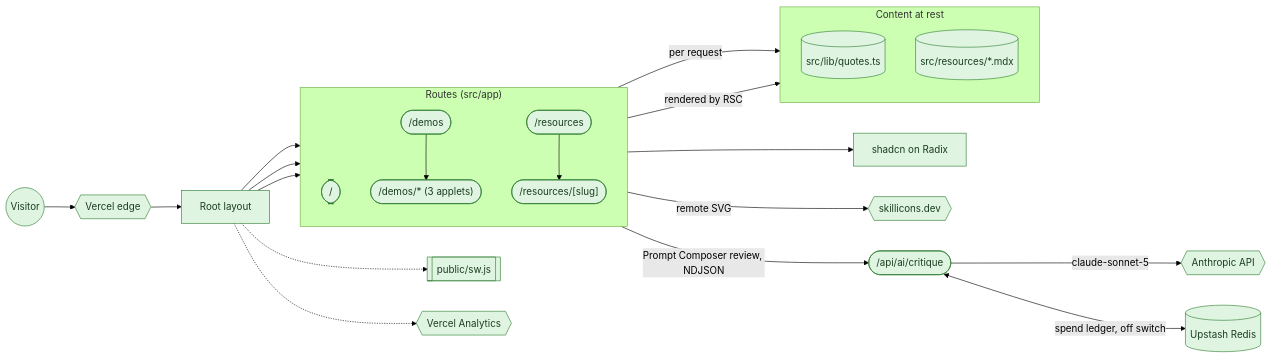
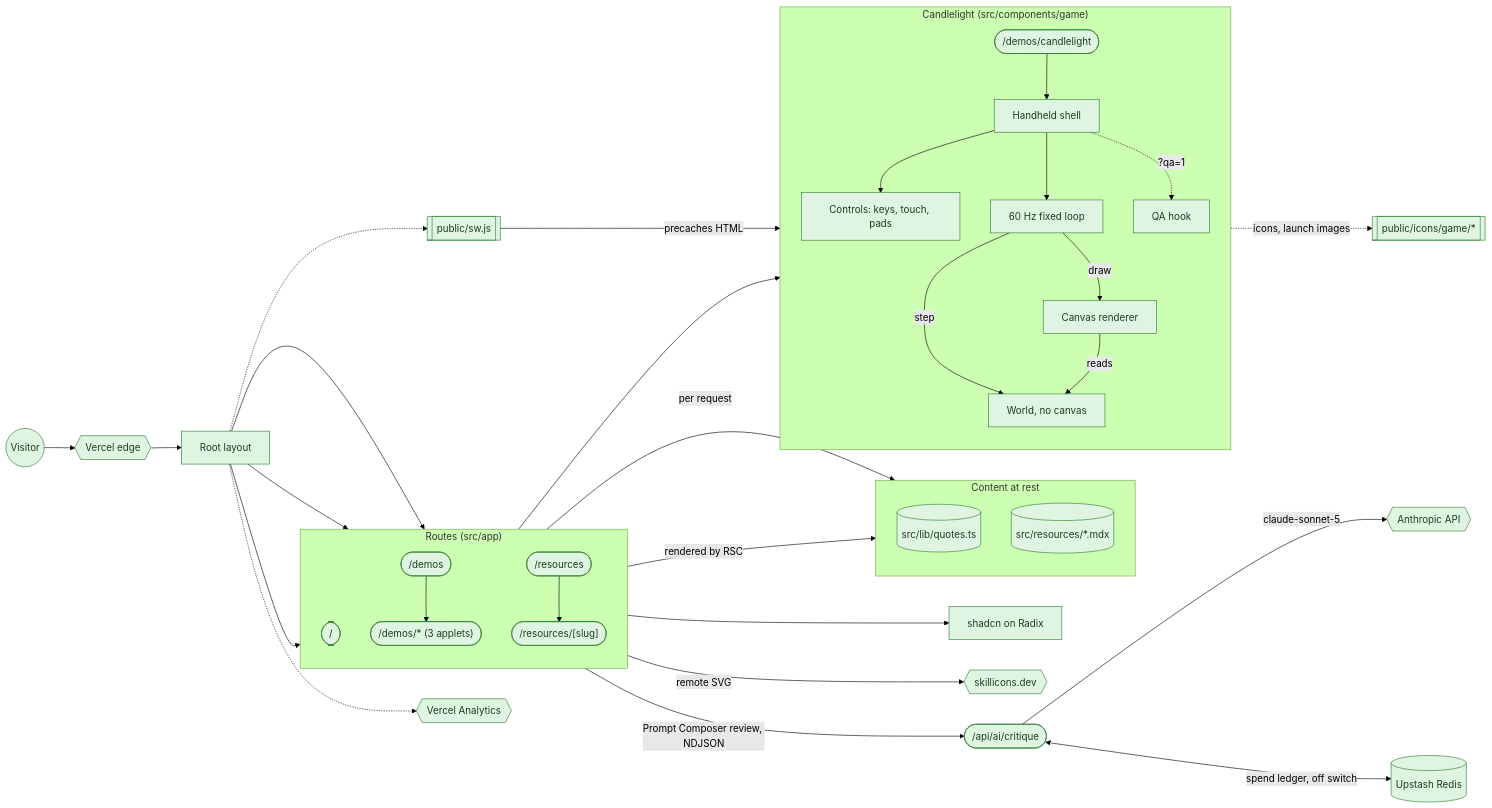
The first of 2 diagrams in README.md (cooperability/cooperability.com), drawn with Mermaid (forest theme) before and after one commit. The commit also changed other lines of this file and 28 other files, not shown here.

````diff
--- a/README.md
+++ b/README.md
@@ -14,48 +14,70 @@
 ```mermaid
 flowchart LR
   classDef built fill:#dff5e1,stroke:#2e7d32,color:#1b3d20
   classDef planned fill:#f2f2f2,stroke:#9e9e9e,color:#3d3d3d,stroke-dasharray:4 3
 
   visitor((Visitor)):::built
   edge{{"Vercel edge"}}:::built
   layout["Root layout"]:::built
 
   subgraph routes ["Routes (src/app)"]
     direction TB
     home(["/"]):::built
     demos(["/demos"]):::built
     applets(["/demos/* (3 applets)"]):::built
     reslist(["/resources"]):::built
     resdoc(["/resources/[slug]"]):::built
   end
 
   subgraph content ["Content at rest"]
     direction TB
     quotes[("src/lib/quotes.ts")]:::built
     mdx[("src/resources/*.mdx")]:::built
   end
 
+  subgraph candle ["Candlelight (src/components/game)"]
+    direction TB
+    game(["/demos/candlelight"]):::built
+    shell["Handheld shell"]:::built
+    controls["Controls: keys, touch, pads"]:::built
+    loop["60 Hz fixed loop"]:::built
+    world["World, no canvas"]:::built
+    renderer["Canvas renderer"]:::built
+    qa["QA hook"]:::built
+  end
+  gameart[["public/icons/game/*"]]:::built
+
   ui["shadcn on Radix"]:::built
   sw[["public/sw.js"]]:::built
   icons{{"skillicons.dev"}}:::built
   vitals{{"Vercel Analytics"}}:::built
   ai(["/api/ai/critique"]):::built
   anthropic{{"Anthropic API"}}:::built
   kv[("Upstash Redis")]:::built
 
   visitor --> edge --> layout
   layout --> home
   layout --> demos
   layout --> reslist
   demos --> applets
+  demos --> game
+  game --> shell
+  shell --> controls
+  shell --> loop
+  loop -->|step| world
+  loop -->|draw| renderer
+  renderer -->|reads| world
+  shell -.->|"?qa=1"| qa
+  game -.->|"icons, launch images"| gameart
+  sw -->|precaches HTML| game
   reslist --> resdoc
   home -->|per request| quotes
   resdoc -->|"rendered by RSC"| mdx
   applets --> ui
   demos -->|remote SVG| icons
   layout -.-> sw
   layout -.-> vitals
   applets -->|"Prompt Composer review, NDJSON"| ai
   ai -->|claude-sonnet-5| anthropic
   ai <-->|"spend ledger, off switch"| kv
 ```
````
